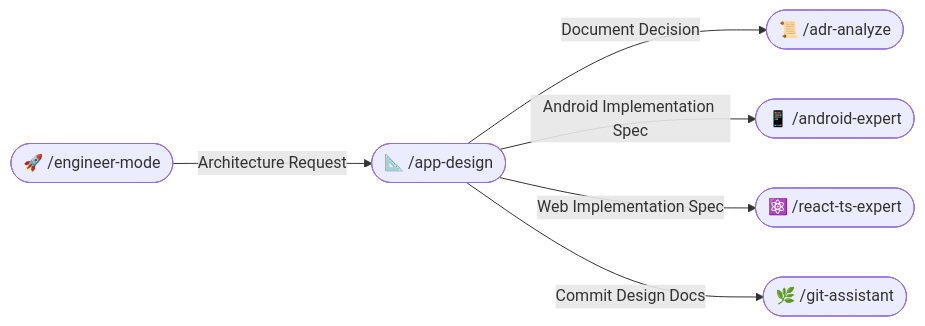
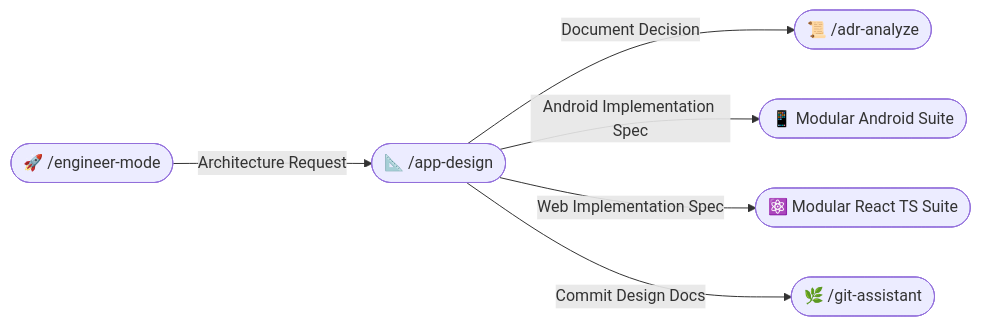
The first of 4 diagrams in diagnostic-skills/app-design/SKILL.md (RidhwanAF/AI-Agent-Skills), drawn with Mermaid before and after one commit. The commit also changed 17 other files, not shown here.

````diff
--- a/diagnostic-skills/app-design/SKILL.md
+++ b/diagnostic-skills/app-design/SKILL.md
@@ -14,16 +14,16 @@
 ```mermaid
 flowchart LR
     AD(["📐 /app-design"])
     
     EM(["🚀 /engineer-mode"])
     ADR(["📜 /adr-analyze"])
-    AE(["📱 /android-expert"])
-    RE(["⚛️ /react-ts-expert"])
+    AA(["📱 Modular Android Suite"])
+    RA(["⚛️ Modular React TS Suite"])
     GA(["🌿 /git-assistant"])
 
     EM -->|Architecture Request| AD
     AD -->|Document Decision| ADR
-    AD -->|Android Implementation Spec| AE
-    AD -->|Web Implementation Spec| RE
+    AD -->|Android Implementation Spec| AA
+    AD -->|Web Implementation Spec| RA
     AD -->|Commit Design Docs| GA
 ```
````
